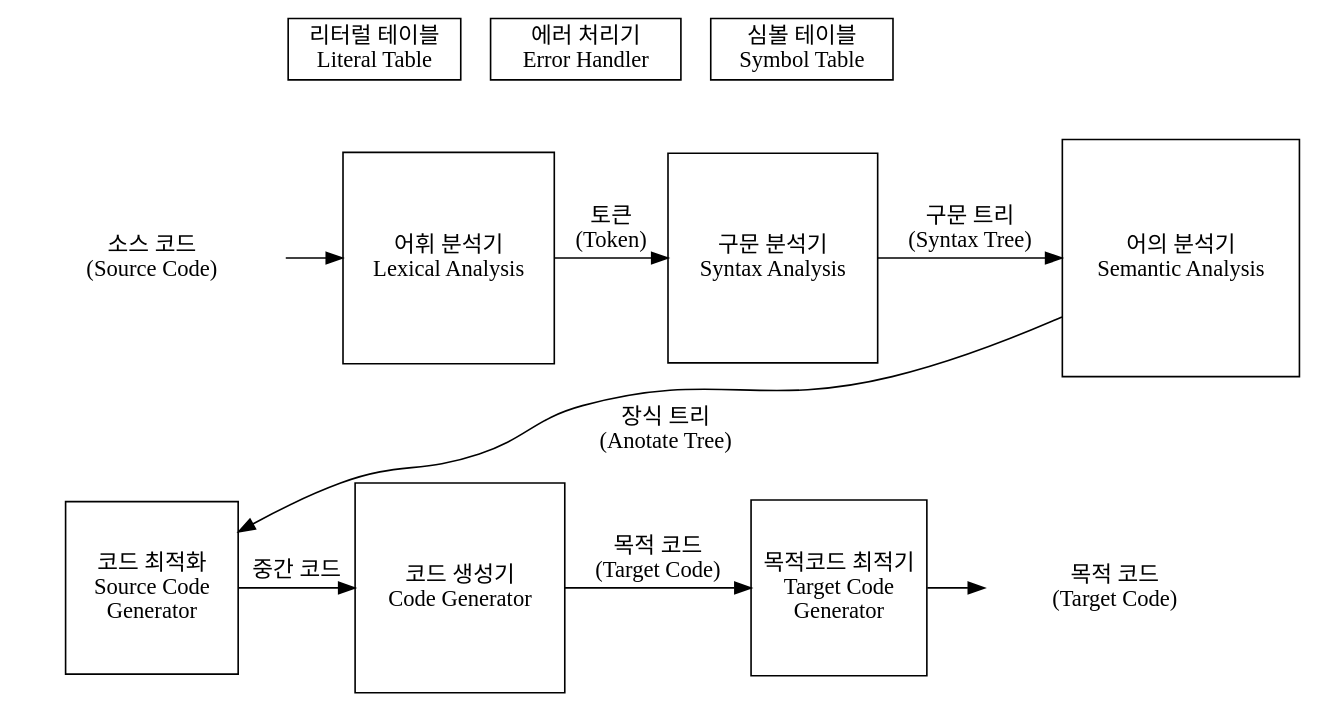
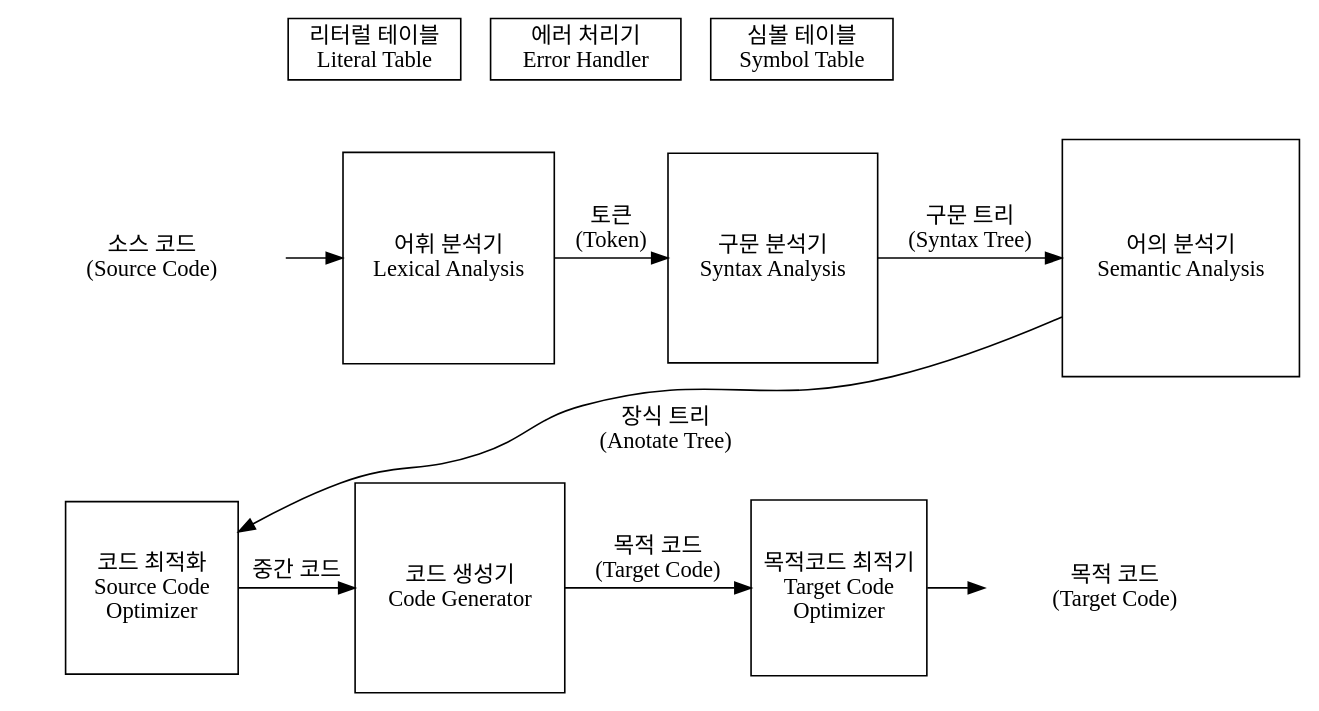
Before and after one commit to uyu423/GraphvizSampleCode: the diagram in dot/CompilerFlowchart.dot, drawn with Graphviz. The commit also changed 3 other files, not shown here.

Commit message:
update graph

```diff
--- a/dot/CompilerFlowchart.dot
+++ b/dot/CompilerFlowchart.dot
@@ -1,25 +1,25 @@
 digraph compilerFlowchart {
 //	rankdir=LR;
 	{
 		sourceCode [label="소스 코드\n(Source Code)", peripheries=0];
 		lexicalAnalysis [label="어휘 분석기\nLexical Analysis", shape="square"];
 		syntaxAnalysis [label="구문 분석기\nSyntax Analysis", shape="square"];
 		semanticAnalysis [label="어의 분석기\nSemantic Analysis", shape="square"];
-		sourceCodeOptimizer [label="코드 최적화\nSource Code\nGenerator", shape="square"];
+		sourceCodeOptimizer [label="코드 최적화\nSource Code\nOptimizer", shape="square"];
 		codeGenerator [label="코드 생성기\nCode Generator", shape="square"];
-		targetCodeOptimizer [label="목적코드 최적기\nTarget Code\nGenerator", shape="square"];
+		targetCodeOptimizer [label="목적코드 최적기\nTarget Code\nOptimizer", shape="square"];
 		targetCode [label="목적 코드\n(Target Code)", peripheries=0];
 
 		literalTable [label="리터럴 테이블\nLiteral Table", shape="rectangle"];
 		symbolTable [label="심볼 테이블\nSymbol Table", shape="rectangle"];
 		errorHandler [label="에러 처리기\nError Handler", shape="rectangle"];
 	}
 	{rank=same literalTable symbolTable errorHandler}->{rank=same sourceCode lexicalAnalysis syntaxAnalysis semanticAnalysis}->{rank=same sourceCodeOptimizer codeGenerator targetCodeOptimizer targetCode} [style=invis]
 	sourceCode->lexicalAnalysis;
 	lexicalAnalysis->syntaxAnalysis [label="토큰\n(Token)"];
 	syntaxAnalysis->semanticAnalysis [label="구문 트리\n(Syntax Tree)"];
 	semanticAnalysis->sourceCodeOptimizer [label="장식 트리\n(Anotate Tree)"];
 	sourceCodeOptimizer->codeGenerator [label="중간 코드"];
 	codeGenerator->targetCodeOptimizer [label="목적 코드\n(Target Code)"];
 	targetCodeOptimizer->targetCode;
 }
```
